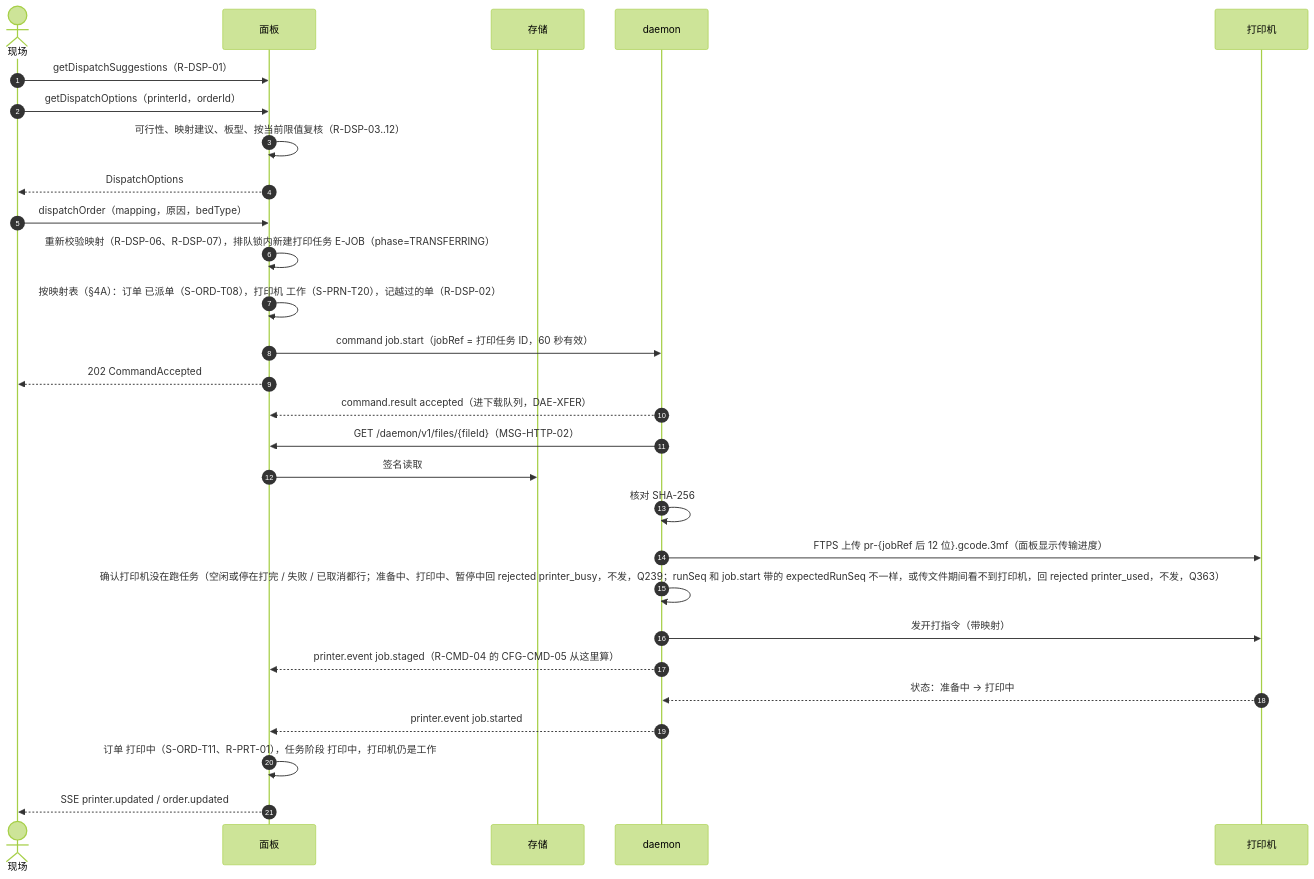
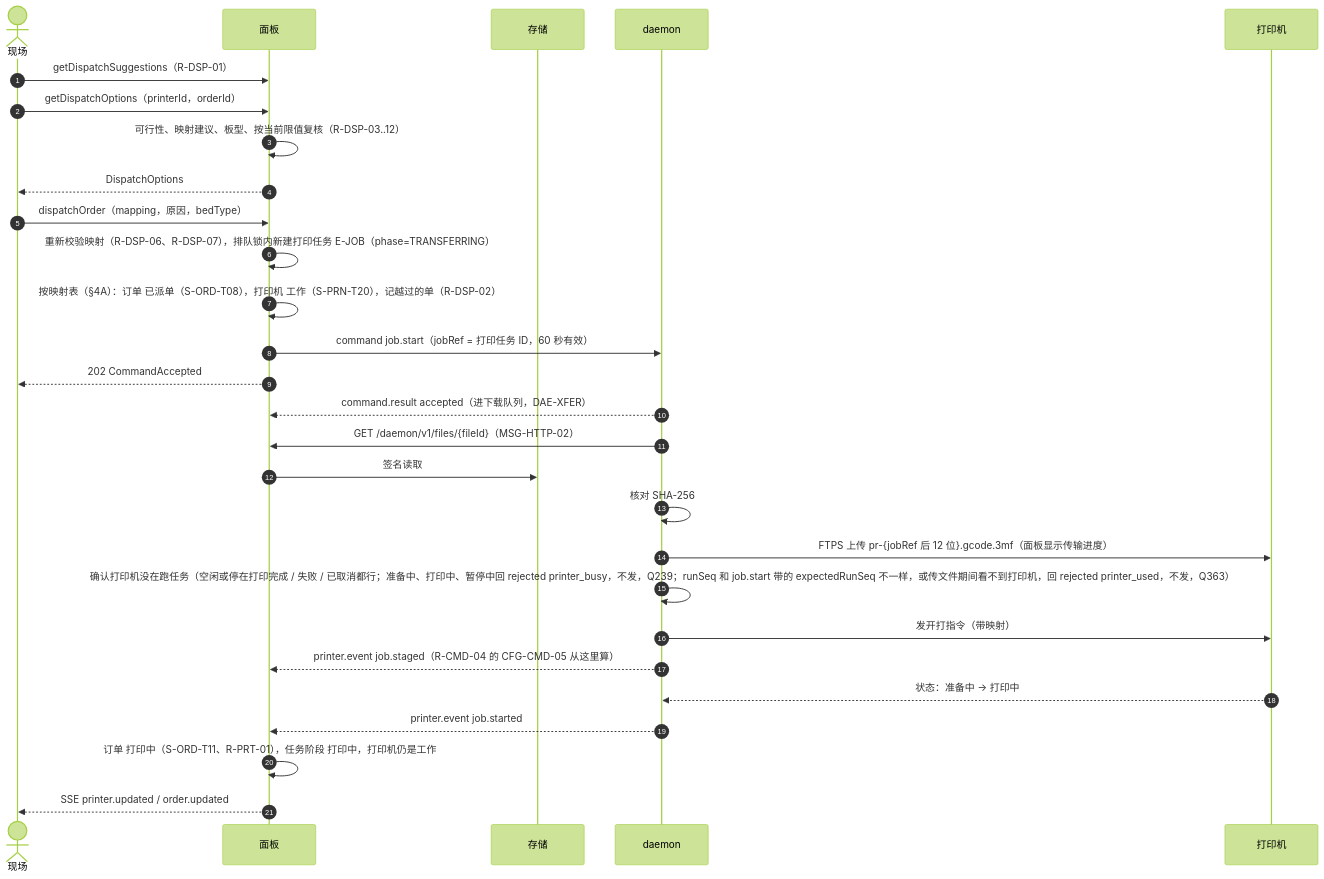
The third of 11 diagrams in docs/design/03-sequences.md (PlateRelay/PlateRelay), drawn with Mermaid (forest theme) before and after one commit. The commit also changed other lines of this file and 10 other files, not shown here.

````diff
--- a/docs/design/03-sequences.md
+++ b/docs/design/03-sequences.md
@@ -117,30 +117,30 @@
 ```mermaid
 sequenceDiagram
   autonumber
   actor S as 现场
   participant P as 面板
   participant O as 存储
   participant D as daemon
   participant R as 打印机
   S->>P: getDispatchSuggestions（R-DSP-01）
   S->>P: getDispatchOptions（printerId，orderId）
   P->>P: 可行性、映射建议、板型、按当前限值复核（R-DSP-03..12）
   P-->>S: DispatchOptions
   S->>P: dispatchOrder（mapping，原因，bedType）
   P->>P: 重新校验映射（R-DSP-06、R-DSP-07），排队锁内新建打印任务 E-JOB（phase=TRANSFERRING）
   P->>P: 按映射表（§4A）：订单 已派单（S-ORD-T08），打印机 工作（S-PRN-T20），记越过的单（R-DSP-02）
   P->>D: command job.start（jobRef = 打印任务 ID，60 秒有效）
   P-->>S: 202 CommandAccepted
   D-->>P: command.result accepted（进下载队列，DAE-XFER）
   D->>P: GET /daemon/v1/files/{fileId}（MSG-HTTP-02）
   P->>O: 签名读取
   D->>D: 核对 SHA-256
   D->>R: FTPS 上传 pr-{jobRef 后 12 位}.gcode.3mf（面板显示传输进度）
-  D->>D: 确认打印机没在跑任务（空闲或停在打完 / 失败 / 已取消都行；准备中、打印中、暂停中回 rejected printer_busy，不发，Q239；runSeq 和 job.start 带的 expectedRunSeq 不一样，或传文件期间看不到打印机，回 rejected printer_used，不发，Q363）
+  D->>D: 确认打印机没在跑任务（空闲或停在打印完成 / 失败 / 已取消都行；准备中、打印中、暂停中回 rejected printer_busy，不发，Q239；runSeq 和 job.start 带的 expectedRunSeq 不一样，或传文件期间看不到打印机，回 rejected printer_used，不发，Q363）
   D->>R: 发开打指令（带映射）
   D-->>P: printer.event job.staged（R-CMD-04 的 CFG-CMD-05 从这里算）
   R-->>D: 状态：准备中 → 打印中
   D-->>P: printer.event job.started
   P->>P: 订单 打印中（S-ORD-T11、R-PRT-01），任务阶段 打印中，打印机仍是工作
   P-->>S: SSE printer.updated / order.updated
 ```
````
